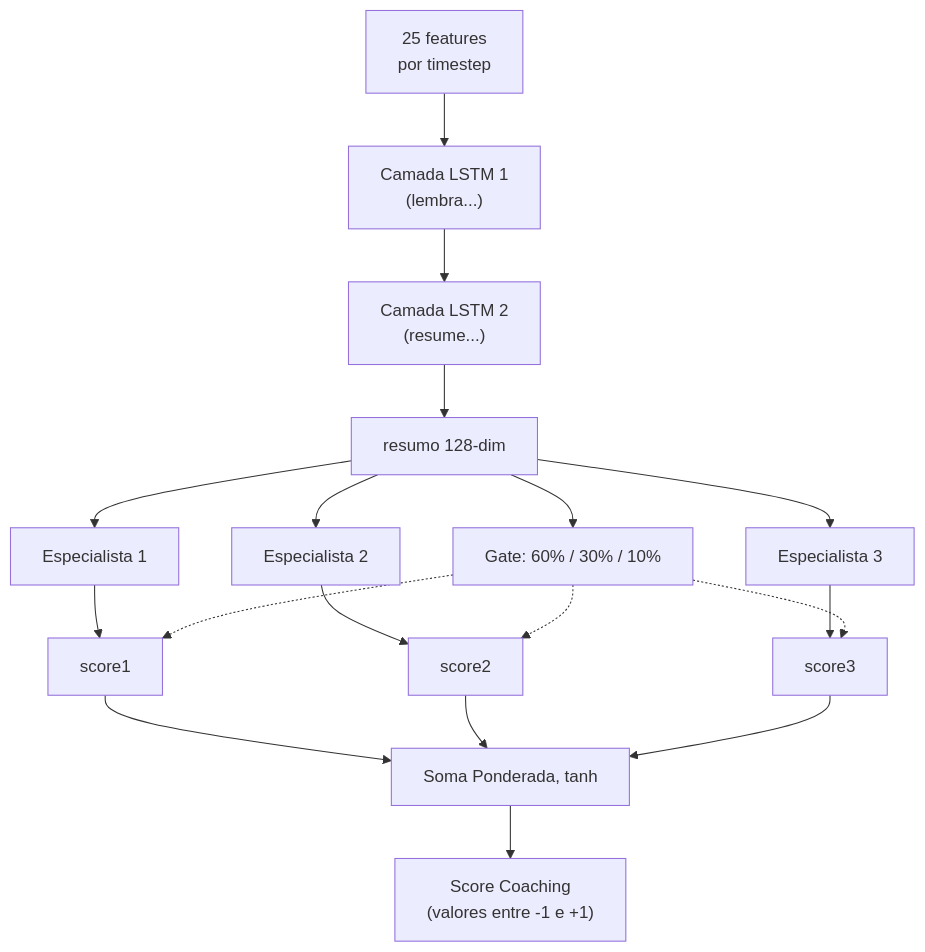
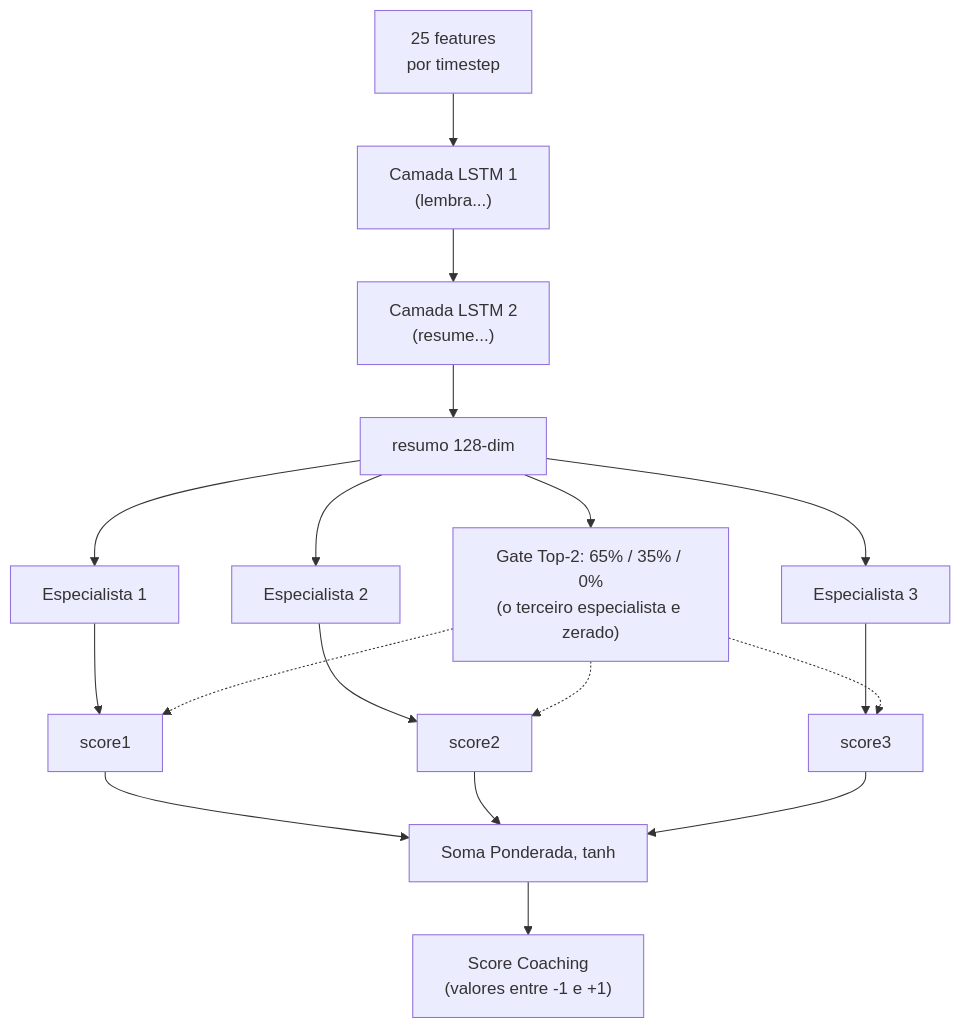
The sixth of 22 diagrams in docs/books/Book-Coach-1A-pt.md (renanaugustomacena-ux/Counter-Strike-coach-AI), drawn with Mermaid before and after one commit. The commit also changed other lines of this file and 36 other files, not shown here.

````diff
--- a/docs/books/Book-Coach-1A-pt.md
+++ b/docs/books/Book-Coach-1A-pt.md
@@ -328,20 +330,20 @@
 ```mermaid
 flowchart TB
     IN["25 features<br/>por timestep"] --> LSTM1["Camada LSTM 1<br/>(lembra...)"]
     LSTM1 --> LSTM2["Camada LSTM 2<br/>(resume...)"]
     LSTM2 --> SUM["resumo 128-dim"]
     SUM --> E1["Especialista 1"]
     SUM --> E2["Especialista 2"]
     SUM --> E3["Especialista 3"]
     E1 --> S1["score1"]
     E2 --> S2["score2"]
     E3 --> S3["score3"]
-    SUM --> GATE["Gate: 60% / 30% / 10%"]
+    SUM --> GATE["Gate Top-2: 65% / 35% / 0%<br/>(o terceiro especialista e zerado)"]
     GATE -.-> S1
     GATE -.-> S2
     GATE -.-> S3
     S1 --> WS["Soma Ponderada, tanh"]
     S2 --> WS
     S3 --> WS
     WS --> OUT["Score Coaching<br/>(valores entre -1 e +1)"]
 ```
````
